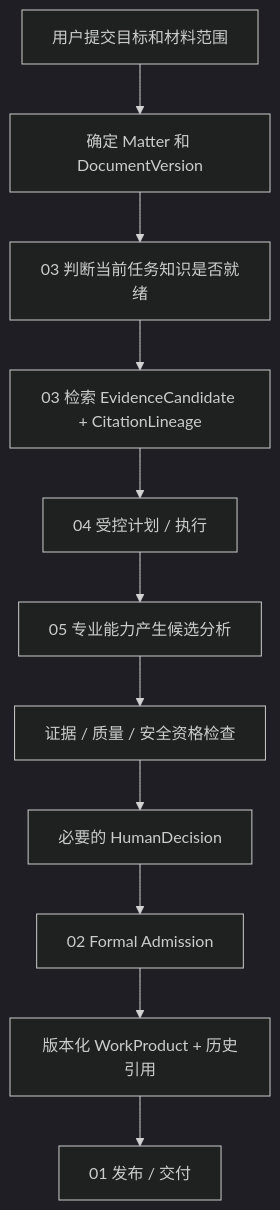
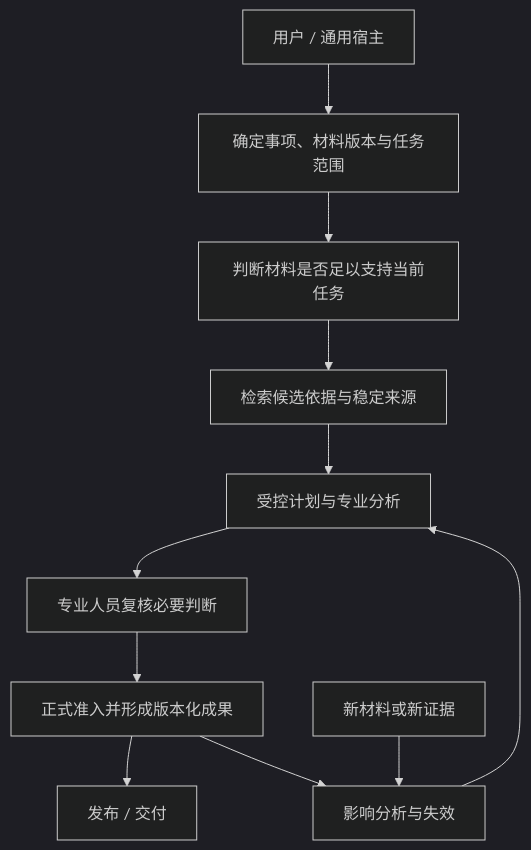
The second of 5 diagrams in docs/architecture/architecture.md (ProfessorZhi/Zuno), drawn with Mermaid (dark theme) before and after one commit. The commit also changed other lines of this file, not shown here.

Commit message:
docs: rewrite overall architecture human narrative

````diff
--- a/docs/architecture/architecture.md
+++ b/docs/architecture/architecture.md
@@ -114,13 +133,13 @@
 ```mermaid
 flowchart TB
-  START[用户提交目标和材料范围] --> SCOPE[确定 Matter 和 DocumentVersion]
-  SCOPE --> READY[03 判断当前任务知识是否就绪]
-  READY --> EVIDENCE[03 检索 EvidenceCandidate + CitationLineage]
-  EVIDENCE --> PLAN[04 受控计划 / 执行]
-  PLAN --> CAP[05 专业能力产生候选分析]
-  CAP --> CHECK[证据 / 质量 / 安全资格检查]
-  CHECK --> HUMAN[必要的 HumanDecision]
-  HUMAN --> ADMIT[02 Formal Admission]
-  ADMIT --> PRODUCT[版本化 WorkProduct + 历史引用]
-  PRODUCT --> PUBLISH[01 发布 / 交付]
+  U[用户 / 通用宿主] --> S[确定事项、材料版本与任务范围]
+  S --> K[判断材料是否足以支持当前任务]
+  K --> R[检索候选依据与稳定来源]
+  R --> C[受控计划与专业分析]
+  C --> H[专业人员复核必要判断]
+  H --> D[正式准入并形成版本化成果]
+  D --> P[发布 / 交付]
+  N[新材料或新证据] --> I[影响分析与失效]
+  I --> C
+  D --> I
 ```
````
